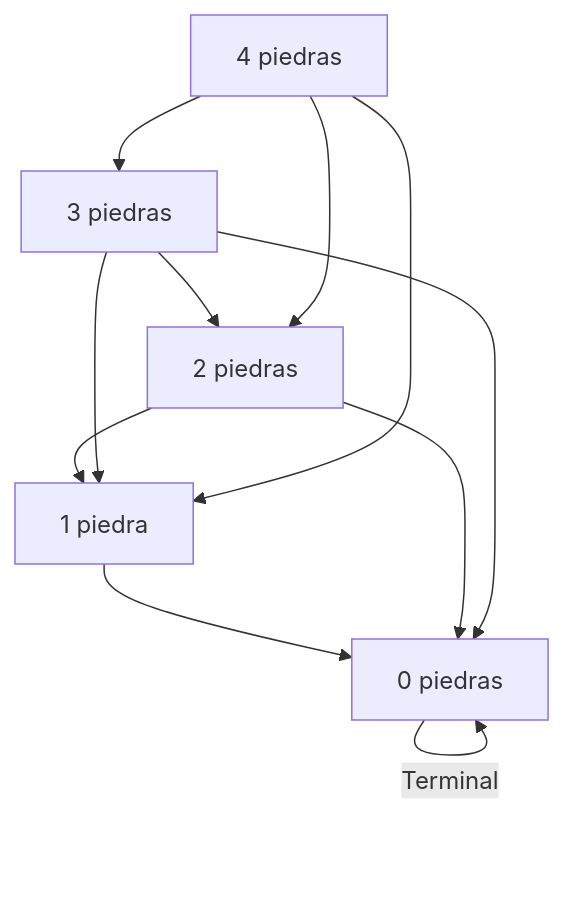
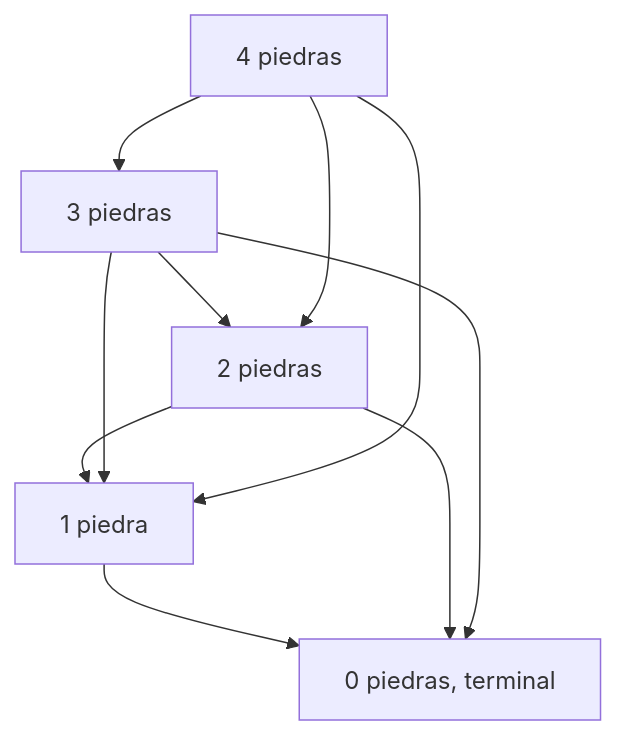
One commit to djaimej/computer-science-template changed the diagram in public/documents/semester-2/3/2392.md. Above: the diagram before and after it, drawn with Mermaid. The commit also changed other lines of this file and 38 other files, not shown here.

````diff
--- a/public/documents/semester-2/3/2392.md
+++ b/public/documents/semester-2/3/2392.md
@@ -91,16 +63,16 @@
 ```mermaid
 graph TD
-v0[0 piedras] -->|Terminal| v0
+v0["0 piedras, terminal"]
 v1[1 piedra] --> v0
 v2[2 piedras] --> v1
 v2 --> v0
 v3[3 piedras] --> v2
 v3 --> v1
 v3 --> v0
 v4[4 piedras] --> v3
 v4 --> v2
 v4 --> v1
 
 v0:::pink
 v4:::pink
 ```
````
